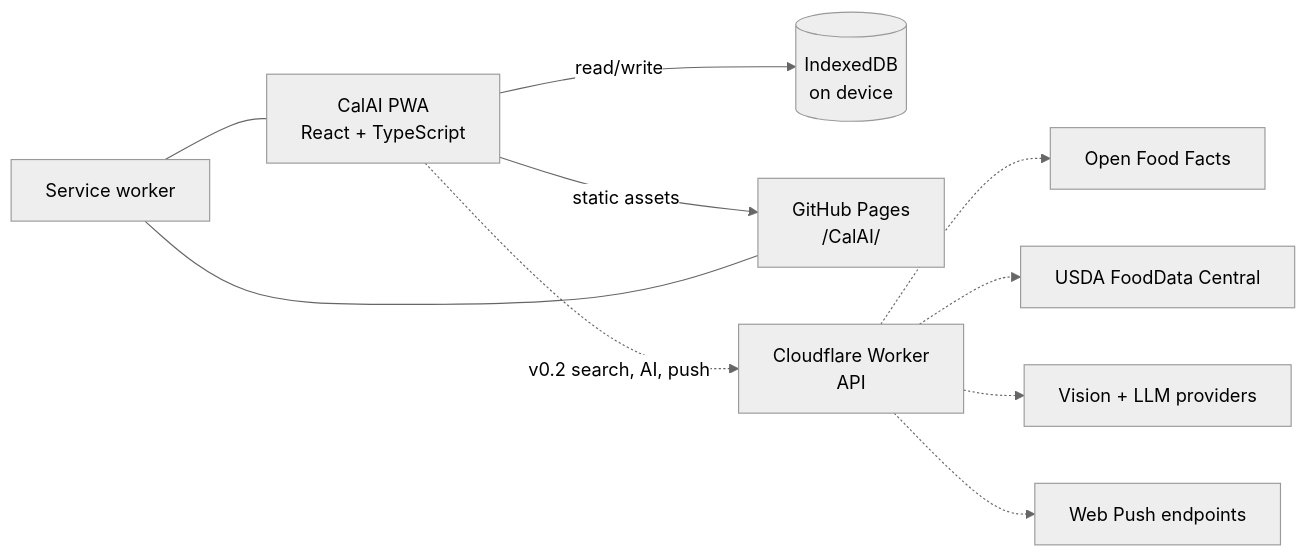
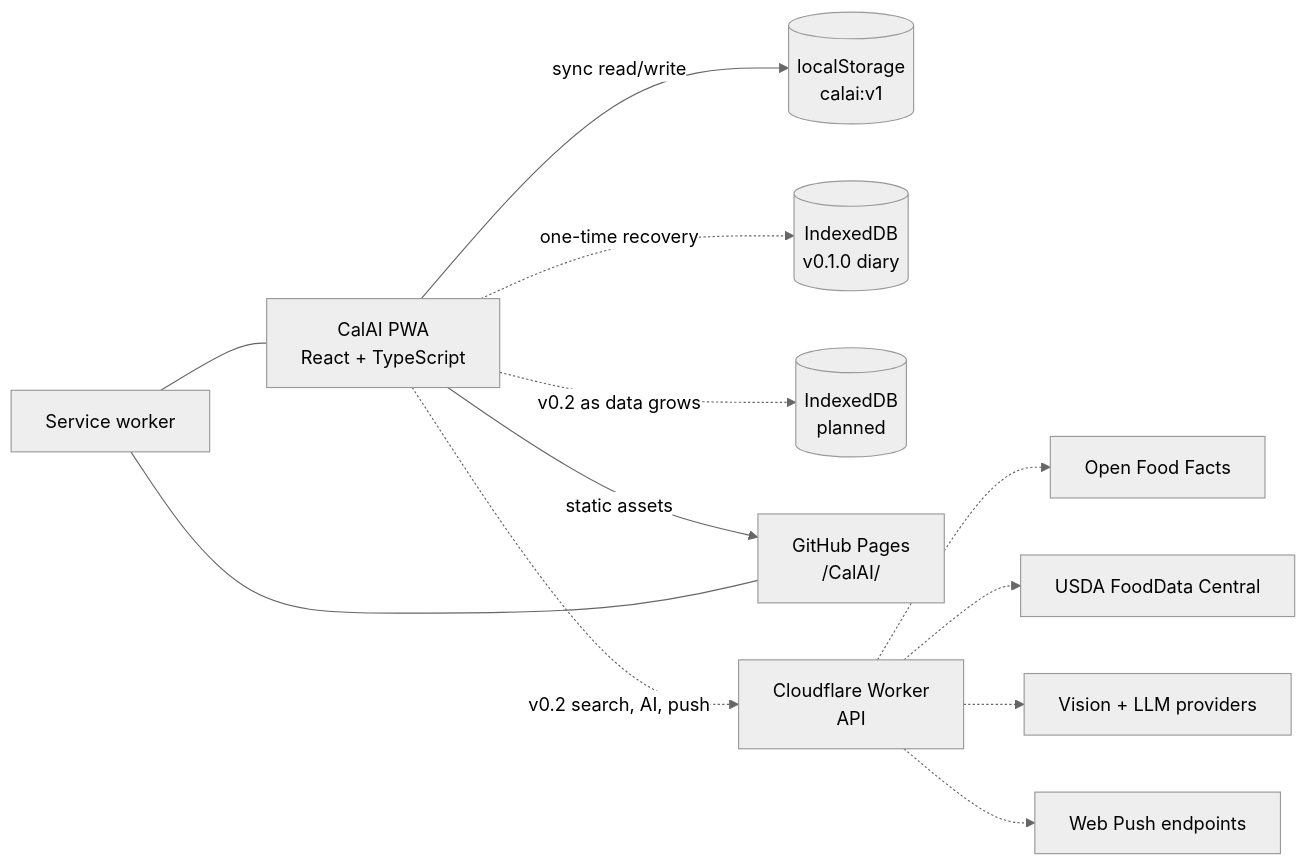
One commit to BrailleGov/CalAI changed the diagram in docs/architecture.md. Above: the diagram before and after it, drawn with Mermaid (neutral theme). The commit also changed other lines of this file and 14 other files, not shown here.

````diff
--- a/docs/architecture.md
+++ b/docs/architecture.md
@@ -9,12 +9,14 @@
 ```mermaid
 flowchart LR
-  PWA["CalAI PWA<br/>React + TypeScript"] -->|read/write| IDB[("IndexedDB<br/>on device")]
+  PWA["CalAI PWA<br/>React + TypeScript"] -->|sync read/write| LS[("localStorage<br/>calai:v1")]
+  PWA -.->|one-time recovery| LegacyIDB[("IndexedDB<br/>v0.1.0 diary")]
+  PWA -.->|v0.2 as data grows| IDB[("IndexedDB<br/>planned")]
   PWA -->|static assets| Pages["GitHub Pages<br/>/CalAI/"]
   PWA -.->|v0.2 search, AI, push| Worker["Cloudflare Worker<br/>API"]
   Worker -.-> OFF["Open Food Facts"]
   Worker -.-> USDA["USDA FoodData Central"]
   Worker -.-> LLM["Vision + LLM providers"]
   Worker -.-> Push["Web Push endpoints"]
   SW["Service worker"] --- PWA
   SW --- Pages
 ```
````
